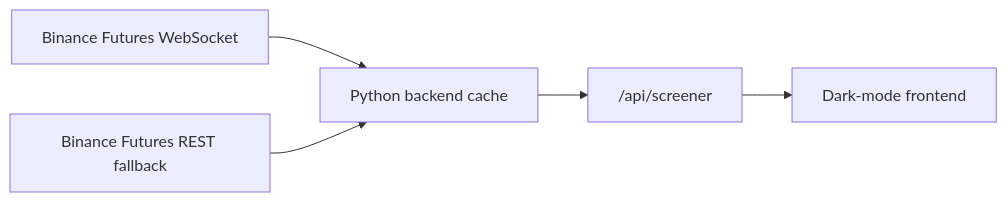
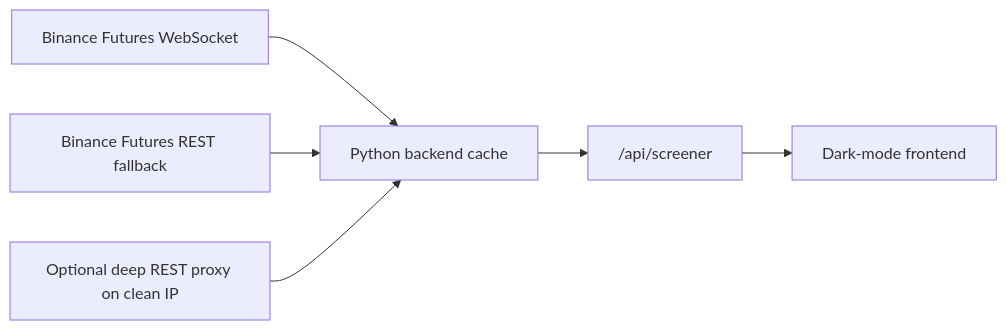
Before and after one commit to unrealwandregime/binance-futures-screener: the diagram in README.md, drawn with Mermaid. The commit also changed other lines of this file and 5 other files, not shown here.

Commit message:
Add optional deep metrics proxy

````diff
--- a/README.md
+++ b/README.md
@@ -31,7 +31,8 @@
 ```mermaid
 flowchart LR
   A["Binance Futures WebSocket"] --> C["Python backend cache"]
   B["Binance Futures REST fallback"] --> C
+  P["Optional deep REST proxy on clean IP"] --> C
   C --> D["/api/screener"]
   D --> E["Dark-mode frontend"]
 ```
````
